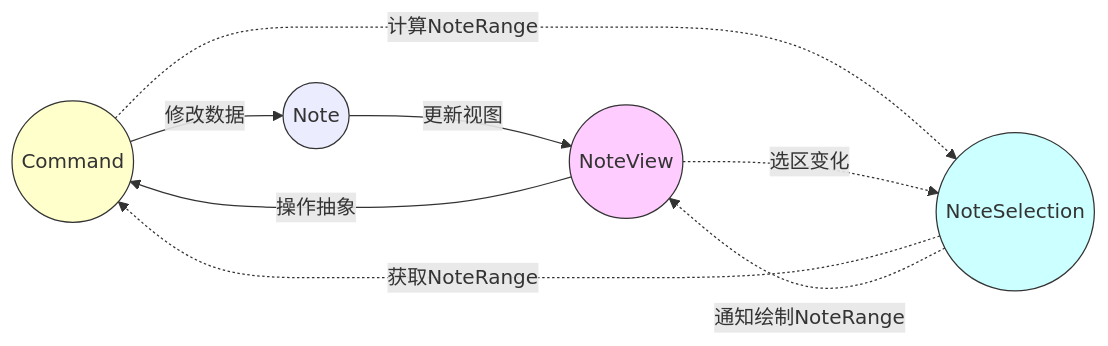
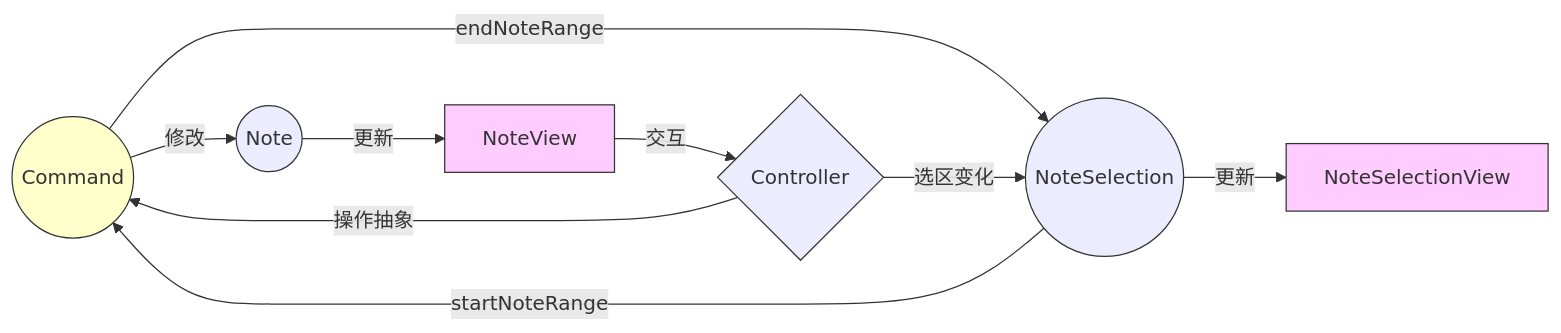
One commit to FuDesign2008/ppt.md changed the diagram in talks/2016-08/bulb-editor-intro/mmd/note-mvc.mmd. Above: the diagram before and after it, drawn with Mermaid. The commit also changed 1 other file, not shown here.

```diff
--- a/talks/2016-08/bulb-editor-intro/mmd/note-mvc.mmd
+++ b/talks/2016-08/bulb-editor-intro/mmd/note-mvc.mmd
@@ -1,21 +1,26 @@
 graph LR
 
 c((Command))
 ns((NoteSelection))
-p((Note))
-pv((NoteView))
+nsv[NoteSelectionView]
+n((Note))
+nv[NoteView]
+ctrl{Controller}
 
-c -->|修改数据|p
-p -->|更新视图| pv
-pv -->|操作抽象| c
+c -->|修改|n
+n -->|更新| nv
+ctrl -->|操作抽象| c
 
-c -.->|计算NoteRange| ns
-ns -.->|获取NoteRange| c
-pv -.->|选区变化| ns
-ns -.->|通知绘制NoteRange| pv
+c -->|endNoteRange| ns
+ns -->|startNoteRange| c
+nv -->|交互| ctrl
+ctrl -->|选区变化| ns
+ns -->|更新| nsv
 
 
-style pv fill:#fcf,stroke:#333;
+style nv fill:#fcf,stroke:#333;
+style nsv fill:#fcf,stroke:#333;
 style c  fill:#ffc,stroke:#333;
-style p  stroke:#333;
-style ns  fill:#cff, stroke:#333;
+style n  stroke:#333;
+style ns  stroke:#333;
+style ctrl  stroke:#333;
```
